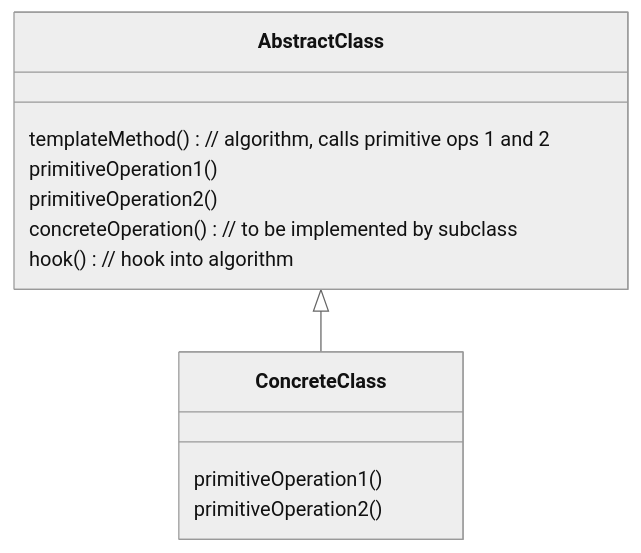
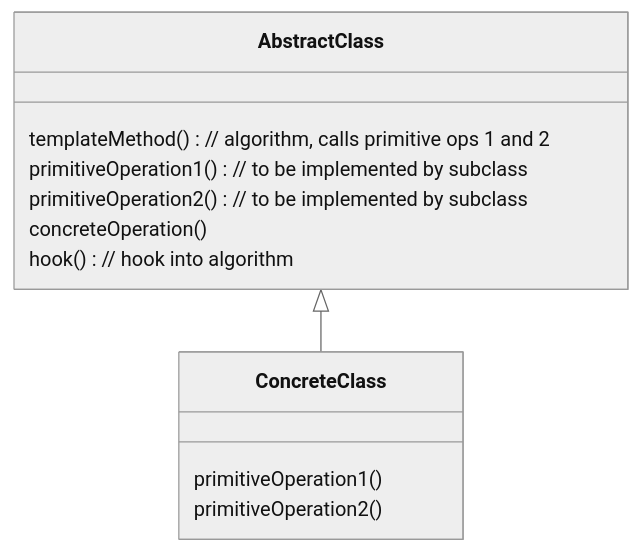
The diagram in Theory/TemplatePattern.md (akormous/design-patterns), drawn with Mermaid (neutral theme) before and after one commit. The commit also changed other lines of this file, not shown here.

````diff
--- a/Theory/TemplatePattern.md
+++ b/Theory/TemplatePattern.md
@@ -12,20 +12,20 @@
 ```mermaid
 classDiagram
 
 class AbstractClass {
     templateMethod() // algorithm, calls primitive ops 1 and 2
     
-    primitiveOperation1()
-    primitiveOperation2()
-    concreteOperation() // to be implemented by subclass
+    primitiveOperation1() // to be implemented by subclass
+    primitiveOperation2() // to be implemented by subclass
+    concreteOperation() 
     hook() // hook into algorithm
 }
 
 class ConcreteClass {
     primitiveOperation1()
     primitiveOperation2()
 }
 
 AbstractClass <|-- ConcreteClass
 
 ```
````
